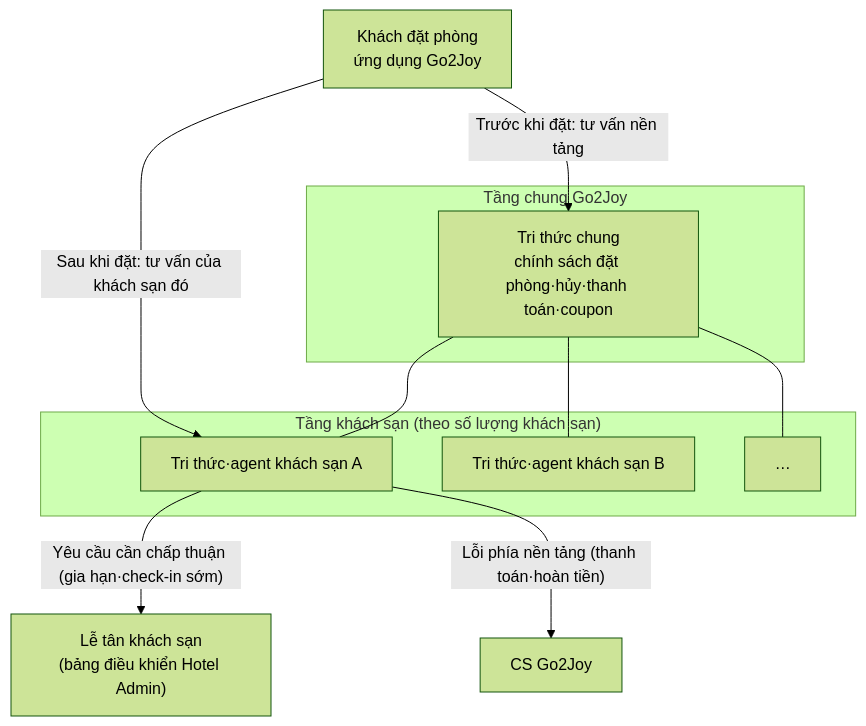
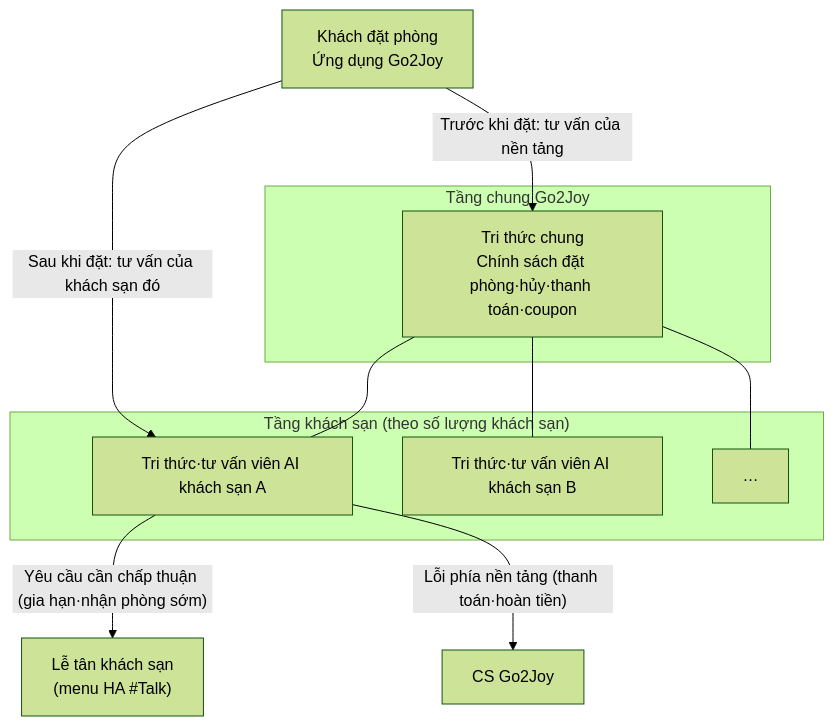
Diagram 15 of 15 in apps/web/public/manual/go2joy/plan.vi.md (amoeba-group/btbz-sharp-talk), drawn with Mermaid (forest theme) before and after one commit. The commit also changed other lines of this file and 13 other files, not shown here.

````diff
--- a/apps/web/public/manual/go2joy/plan.vi.md
+++ b/apps/web/public/manual/go2joy/plan.vi.md
@@ -728,16 +760,16 @@
 ```mermaid
 flowchart TB
   subgraph Platform["Tầng chung Go2Joy"]
-    PK["Tri thức chung<br/>chính sách đặt phòng·hủy·thanh toán·coupon"]
+    PK["Tri thức chung<br/>Chính sách đặt phòng·hủy·thanh toán·coupon"]
   end
   subgraph Hotels["Tầng khách sạn (theo số lượng khách sạn)"]
-    H1["Tri thức·agent khách sạn A"]
-    H2["Tri thức·agent khách sạn B"]
+    H1["Tri thức·tư vấn viên AI khách sạn A"]
+    H2["Tri thức·tư vấn viên AI khách sạn B"]
     H3["…"]
   end
-  G["Khách đặt phòng<br/>ứng dụng Go2Joy"] -->|"Trước khi đặt: tư vấn nền tảng"| PK
+  G["Khách đặt phòng<br/>Ứng dụng Go2Joy"] -->|"Trước khi đặt: tư vấn của nền tảng"| PK
   G -->|"Sau khi đặt: tư vấn của khách sạn đó"| H1
-  H1 -->|"Yêu cầu cần chấp thuận (gia hạn·check-in sớm)"| FD["Lễ tân khách sạn<br/>(bảng điều khiển Hotel Admin)"]
+  H1 -->|"Yêu cầu cần chấp thuận (gia hạn·nhận phòng sớm)"| FD["Lễ tân khách sạn<br/>(menu HA #Talk)"]
   H1 -->|"Lỗi phía nền tảng (thanh toán·hoàn tiền)"| CS["CS Go2Joy"]
   PK --- H1 & H2 & H3
 ```
````
